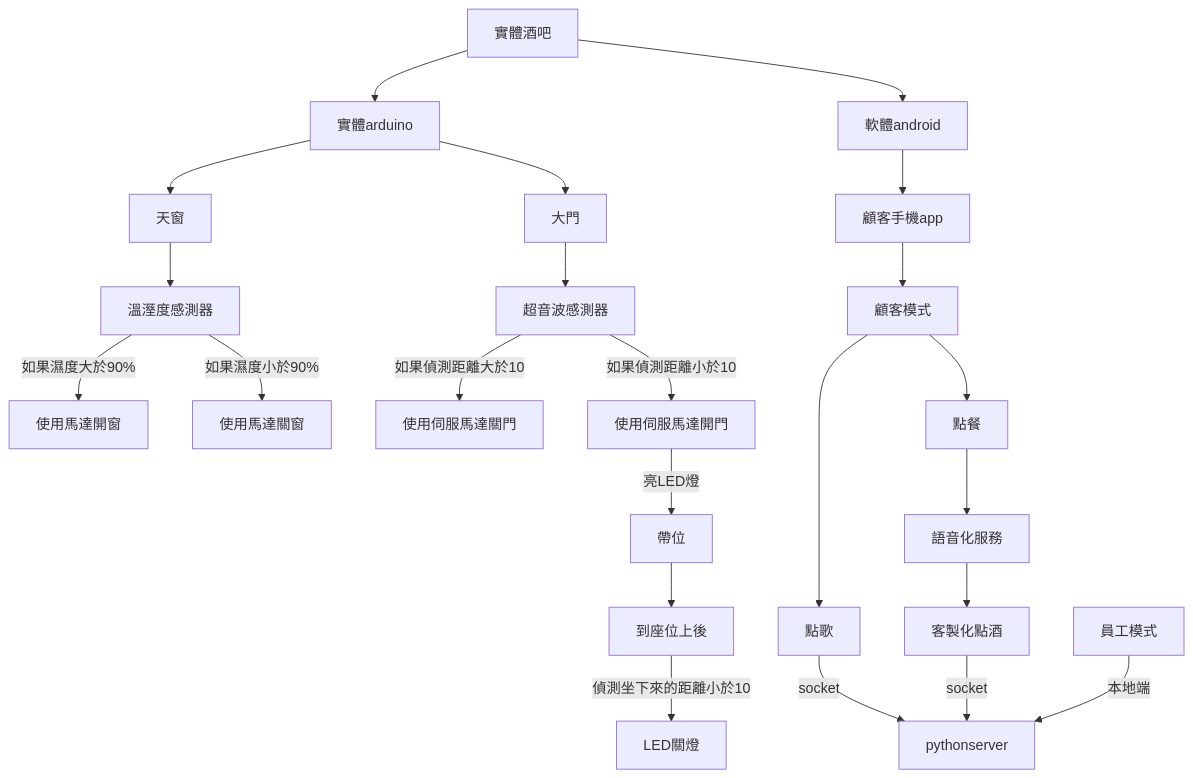
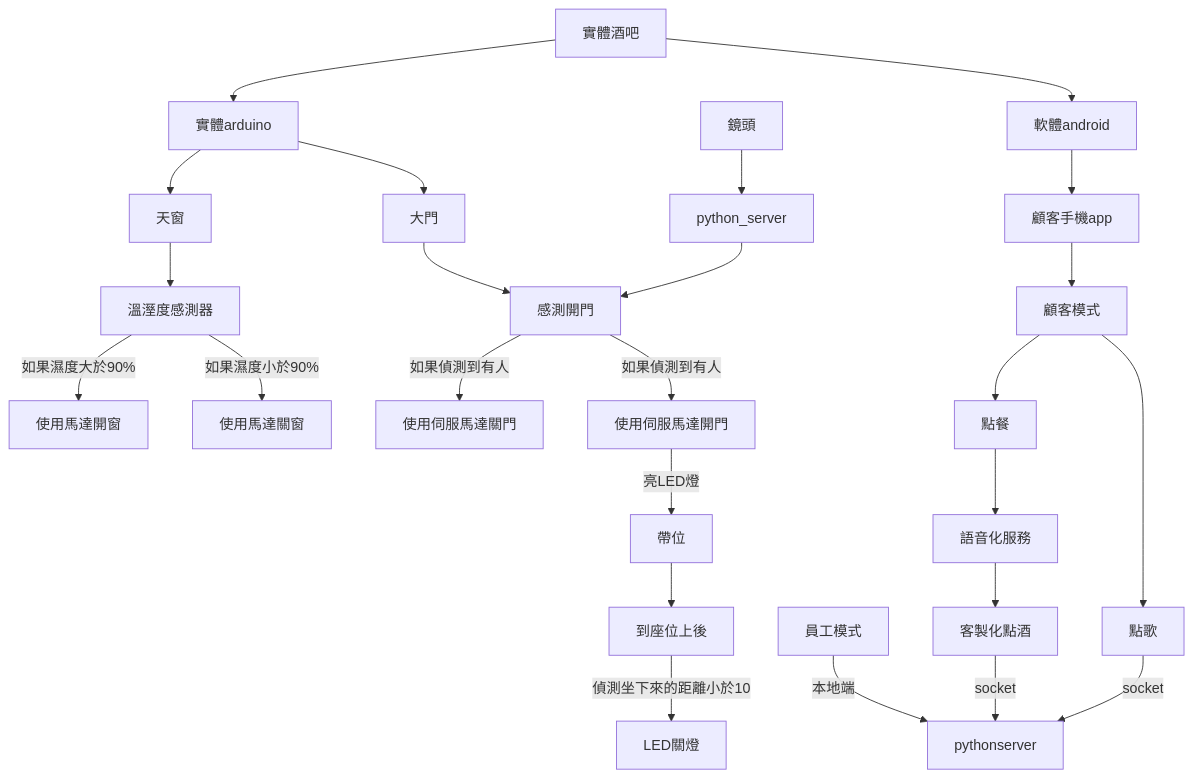
Before and after one commit to huskyncu/Bar_Project: the first of 2 diagrams in README.md, drawn with Mermaid. The commit also changed other lines of this file, not shown here.

````diff
--- a/README.md
+++ b/README.md
@@ -33,18 +34,19 @@
 ```mermaid
 graph TD;
 實體酒吧-->實體arduino;
 實體酒吧-->軟體android;
 實體arduino-->天窗;
 實體arduino-->大門;
+鏡頭-->python_server-->感測開門;
 軟體android-->顧客手機app;
 員工模式;
 天窗-->溫溼度感測器-->|如果濕度大於90%|使用馬達開窗;
 溫溼度感測器-->|如果濕度小於90%|使用馬達關窗;
-超音波感測器-->|如果偵測距離大於10|使用伺服馬達關門;
-大門-->超音波感測器-->|如果偵測距離小於10|使用伺服馬達開門-->|亮LED燈|帶位;
+感測開門-->|如果偵測到有人|使用伺服馬達關門;
+大門-->感測開門-->|如果偵測到有人|使用伺服馬達開門-->|亮LED燈|帶位;
 帶位-->到座位上後-->|偵測坐下來的距離小於10|LED關燈
 顧客手機app-->顧客模式;
 顧客模式-->點歌-->|socket|pythonserver;
 顧客模式-->點餐-->語音化服務-->客製化點酒-->|socket|pythonserver;
 員工模式-->|本地端|pythonserver;
 ```
````
